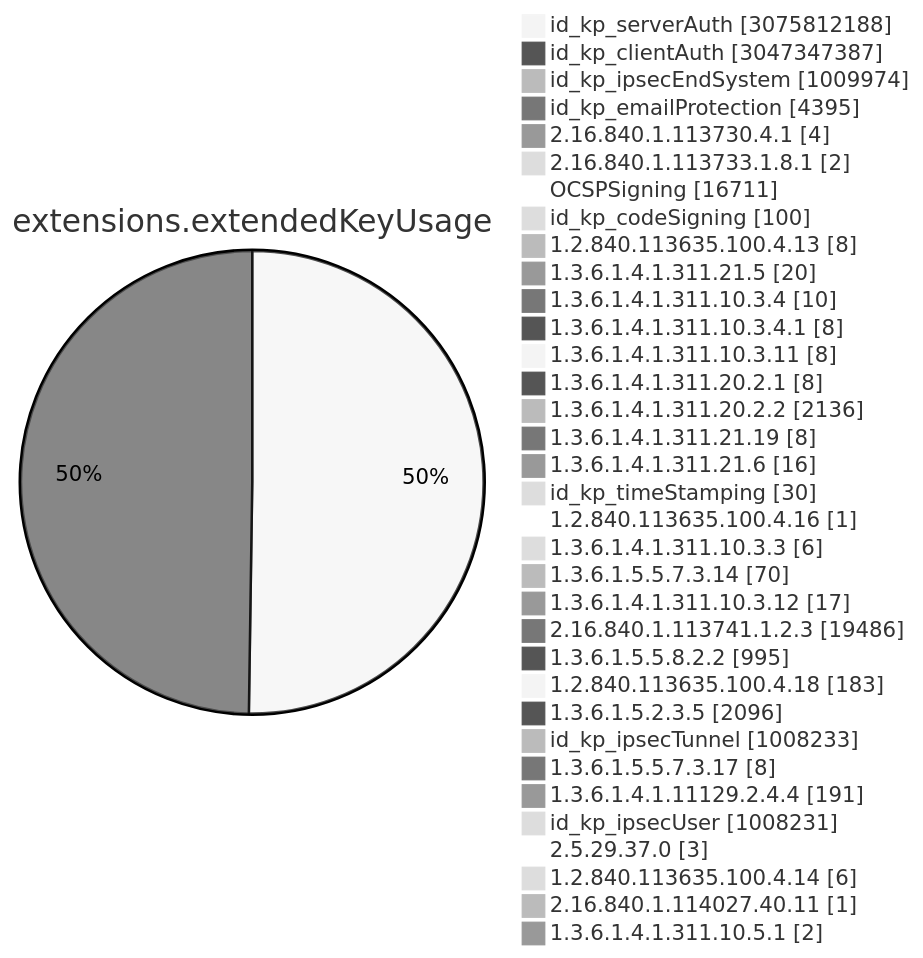
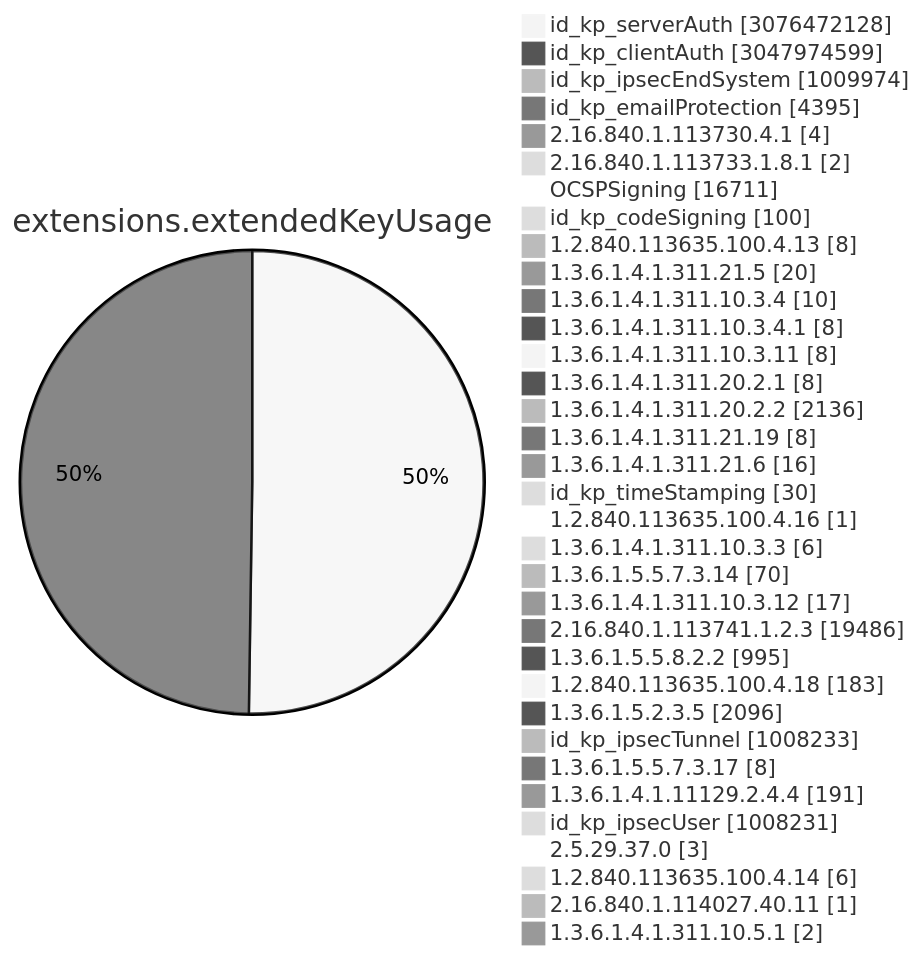
One commit to christiankrug/ctmonitor_visualization changed diagram 11 of 15 in TOTAL/README.md. Above: the diagram before and after it, drawn with Mermaid (neutral theme). The commit also changed other lines of this file, not shown here.

````diff
--- a/TOTAL/README.md
+++ b/TOTAL/README.md
@@ -4119,38 +4119,38 @@
 ```mermaid
 pie showData
 title extensions.extendedKeyUsage
-"id_kp_serverAuth" :3075812188
-"id_kp_clientAuth" :3047347387
+"id_kp_serverAuth" :3076472128
+"id_kp_clientAuth" :3047974599
 "id_kp_ipsecEndSystem" :1009974
 "id_kp_emailProtection" :4395
 "2.16.840.1.113730.4.1" :4
 "2.16.840.1.113733.1.8.1" :2
 "OCSPSigning" :16711
 "id_kp_codeSigning" :100
 "1.2.840.113635.100.4.13" :8
 "1.3.6.1.4.1.311.21.5" :20
 "1.3.6.1.4.1.311.10.3.4" :10
 "1.3.6.1.4.1.311.10.3.4.1" :8
 "1.3.6.1.4.1.311.10.3.11" :8
 "1.3.6.1.4.1.311.20.2.1" :8
 "1.3.6.1.4.1.311.20.2.2" :2136
 "1.3.6.1.4.1.311.21.19" :8
 "1.3.6.1.4.1.311.21.6" :16
 "id_kp_timeStamping" :30
 "1.2.840.113635.100.4.16" :1
 "1.3.6.1.4.1.311.10.3.3" :6
 "1.3.6.1.5.5.7.3.14" :70
 "1.3.6.1.4.1.311.10.3.12" :17
 "2.16.840.1.113741.1.2.3" :19486
 "1.3.6.1.5.5.8.2.2" :995
 "1.2.840.113635.100.4.18" :183
 "1.3.6.1.5.2.3.5" :2096
 "id_kp_ipsecTunnel" :1008233
 "1.3.6.1.5.5.7.3.17" :8
 "1.3.6.1.4.1.11129.2.4.4" :191
 "id_kp_ipsecUser" :1008231
 "2.5.29.37.0" :3
 "1.2.840.113635.100.4.14" :6
 "2.16.840.1.114027.40.11" :1
 "1.3.6.1.4.1.311.10.5.1" :2
 ```
````
